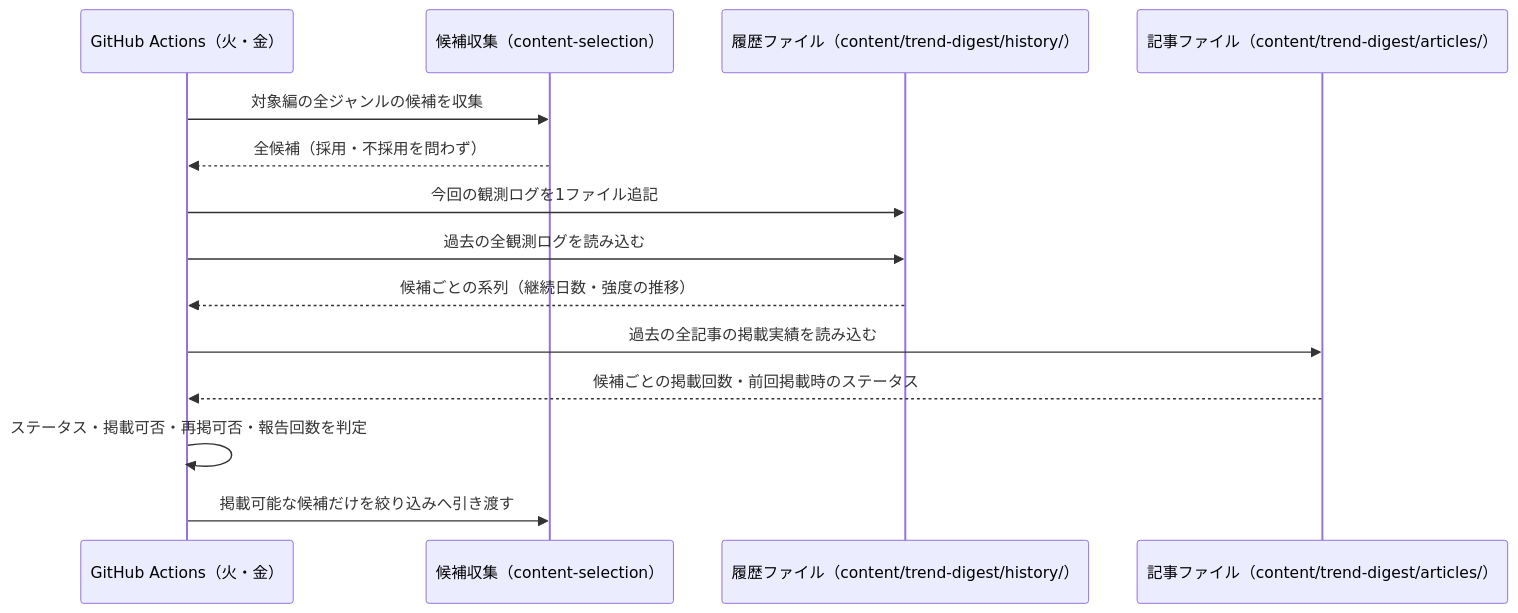
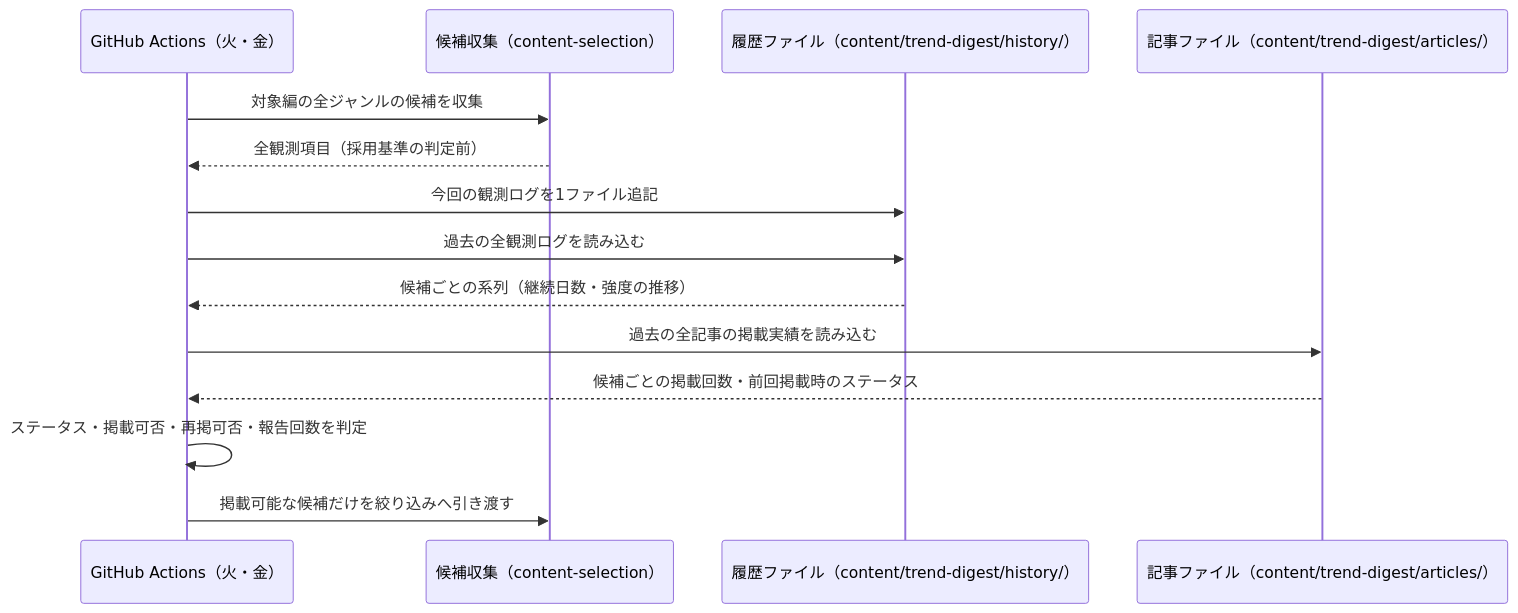
One commit to zakiyama0108/benriyatool changed the first of 2 diagrams in specs/trend-digest/trend-history/design.md. Above: the diagram before and after it, drawn with Mermaid. The commit also changed other lines of this file and 9 other files, not shown here.

````diff
--- a/specs/trend-digest/trend-history/design.md
+++ b/specs/trend-digest/trend-history/design.md
@@ -140,17 +152,17 @@
 ```mermaid
 sequenceDiagram
     participant actions as GitHub Actions（火・金）
     participant selection as 候補収集（content-selection）
     participant history as 履歴ファイル（content/trend-digest/history/）
     participant articles as 記事ファイル（content/trend-digest/articles/）
 
     actions ->> selection: 対象編の全ジャンルの候補を収集
-    selection -->> actions: 全候補（採用・不採用を問わず）
+    selection -->> actions: 全観測項目（採用基準の判定前）
     actions ->> history: 今回の観測ログを1ファイル追記
     actions ->> history: 過去の全観測ログを読み込む
     history -->> actions: 候補ごとの系列（継続日数・強度の推移）
     actions ->> articles: 過去の全記事の掲載実績を読み込む
     articles -->> actions: 候補ごとの掲載回数・前回掲載時のステータス
     actions ->> actions: ステータス・掲載可否・再掲可否・報告回数を判定
     actions ->> selection: 掲載可能な候補だけを絞り込みへ引き渡す
 ```
````
